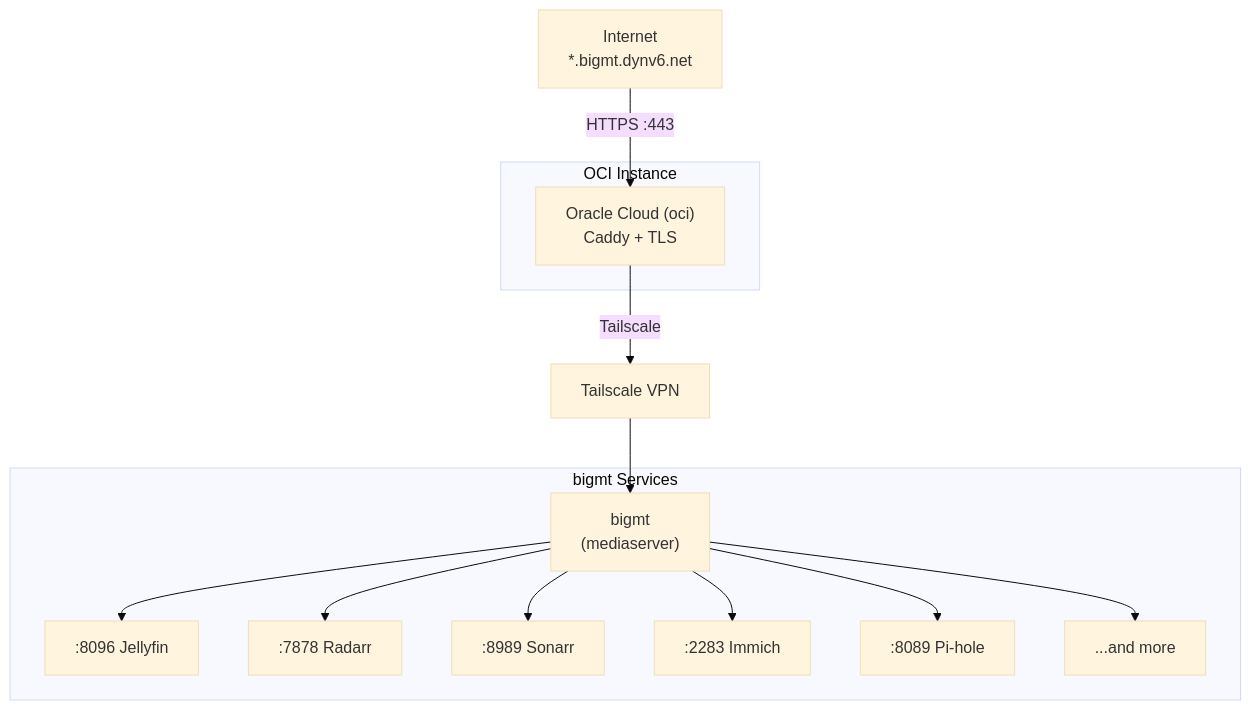
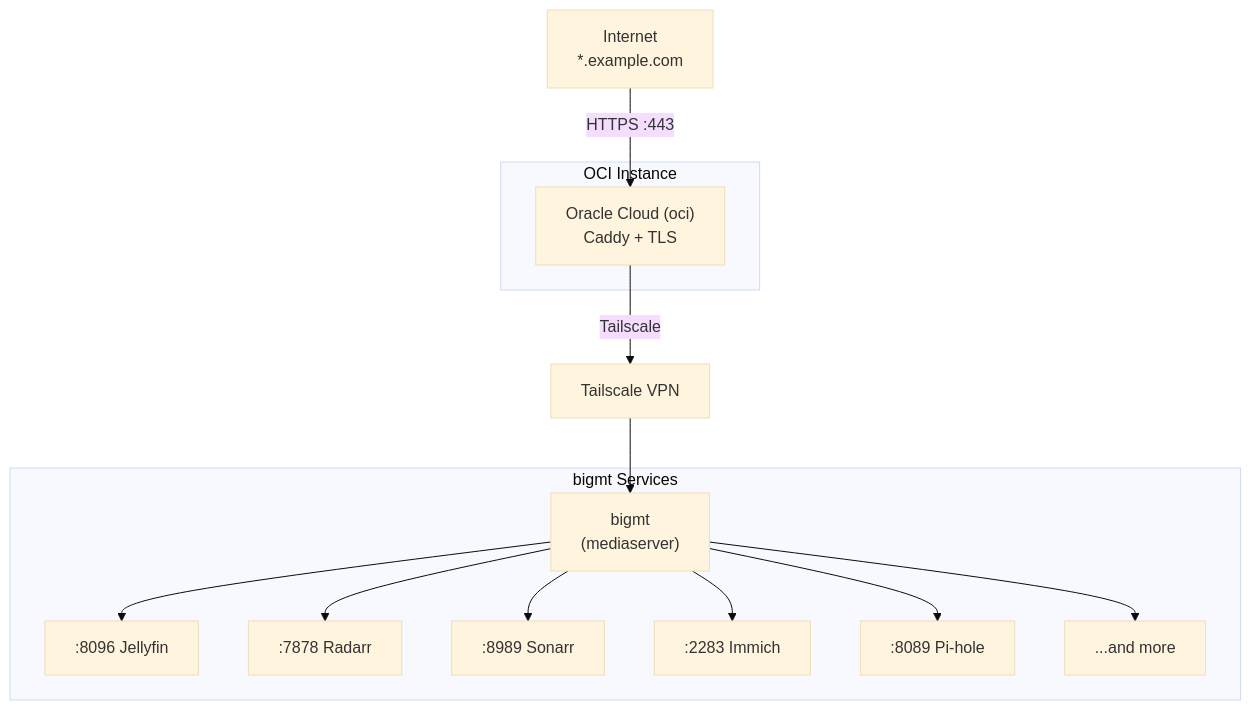
One commit to Geckuss/bigmt-mediaserver changed the first of 3 diagrams in README.md. Above: the diagram before and after it, drawn with Mermaid (base theme). The commit also changed other lines of this file and 6 other files, not shown here.

Commit message:
sanitize DNS domains: replace dynv6.net, chickenkiller.com, v6.rocks with example.com placeholders

````diff
--- a/README.md
+++ b/README.md
@@ -9,24 +9,24 @@
 ```mermaid
 graph TB
-    Internet["Internet<br/>*.bigmt.dynv6.net"]
+    Internet["Internet<br/>*.example.com"]
     OCI["Oracle Cloud (oci)<br/>Caddy + TLS"]
     TS["Tailscale VPN"]
     bigmt["bigmt<br/>(mediaserver)"]
 
     Internet -->|HTTPS :443| OCI
     OCI -->|Tailscale| TS
     TS -->|<TAILSCALE_HOSTNAME>| bigmt
 
     subgraph OCI Instance
         OCI
     end
 
     subgraph bigmt Services
         bigmt --> Jellyfin[":8096 Jellyfin"]
         bigmt --> Radarr[":7878 Radarr"]
         bigmt --> Sonarr[":8989 Sonarr"]
         bigmt --> Immich[":2283 Immich"]
         bigmt --> Pihole[":8089 Pi-hole"]
         bigmt --> More["...and more"]
     end
 ```
````
